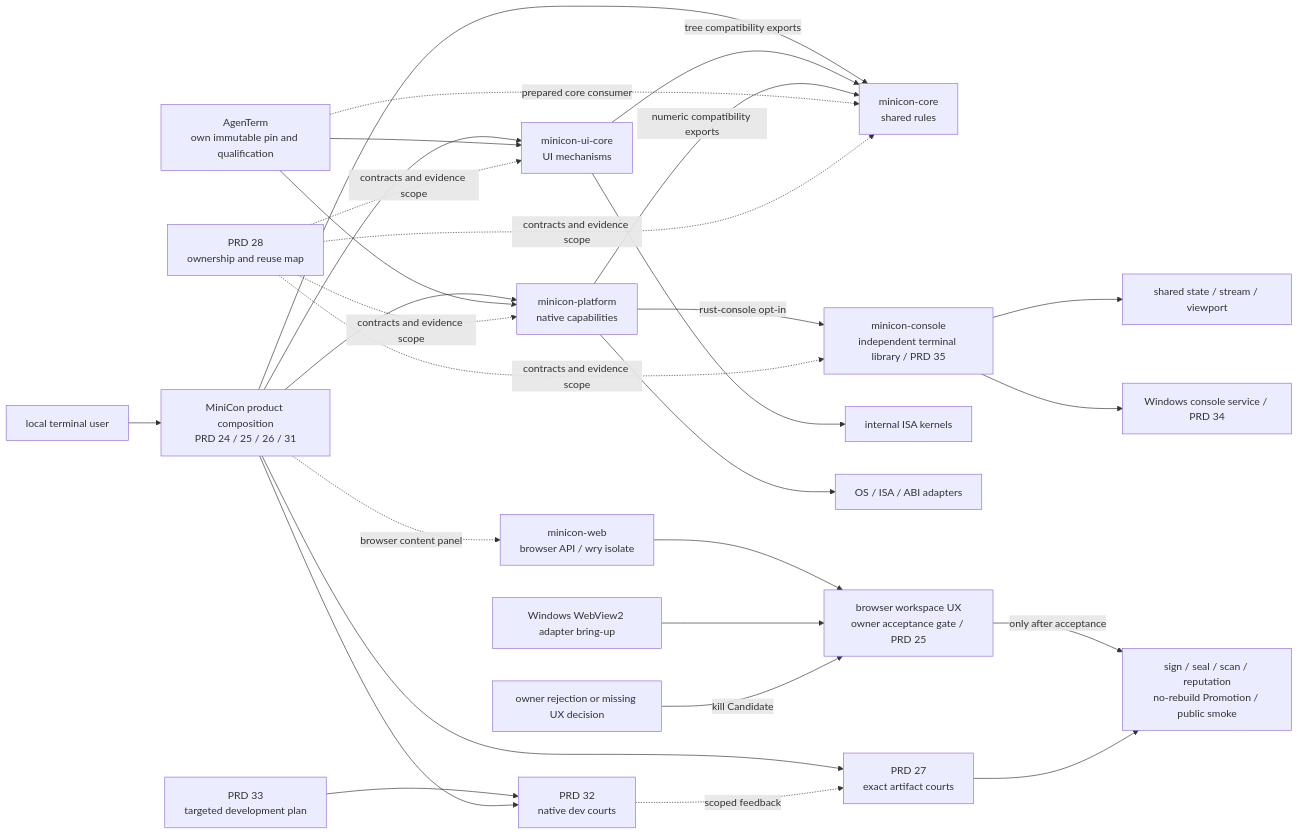
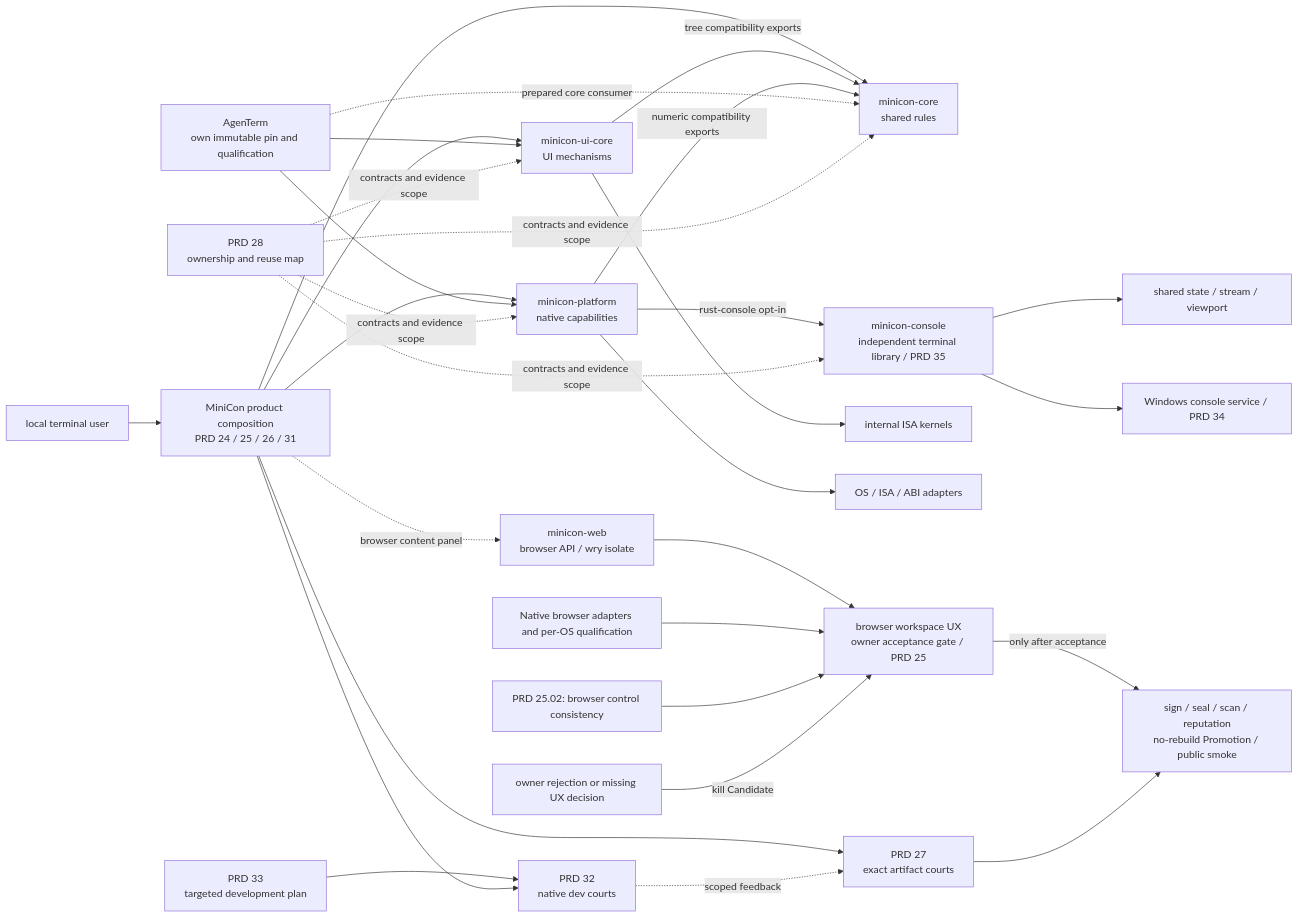
One commit to partnernetsoftware/minicon changed the diagram in PRD.md. Above: the diagram before and after it, drawn with Mermaid. The commit also changed other lines of this file and 41 other files, not shown here.

````diff
--- a/PRD.md
+++ b/PRD.md
@@ -77,27 +74,28 @@
 ```mermaid
 flowchart LR
     U["local terminal user"] --> MC["MiniCon product composition<br/>PRD 24 / 25 / 26 / 31"]
     MC --> C["minicon-core<br/>shared rules"]
     MC --> UI["minicon-ui-core<br/>UI mechanisms"]
     MC --> P["minicon-platform<br/>native capabilities"]
     MC -.->|"browser content panel"| WEB["minicon-web<br/>browser API / wry isolate"]
     WEB --> UX["browser workspace UX<br/>owner acceptance gate / PRD 25"]
-    WWEB["Windows WebView2 adapter bring-up"] --> UX
+    WWEB["Native browser adapters and per-OS qualification"] --> UX
+    CTRL["PRD 25.02: browser control consistency"] --> UX
     UX -->|"only after acceptance"| R
     BADUX["owner rejection or missing UX decision"] -->|"kill Candidate"| UX
     UI -->|tree compatibility exports| C
     P -->|numeric compatibility exports| C
     UI --> I["internal ISA kernels"]
     P --> N["OS / ISA / ABI adapters"]
     CON["minicon-console<br/>independent terminal library / PRD 35"] --> VT["shared state / stream / viewport"]
     P -->|rust-console opt-in| CON
     CON --> W["Windows console service / PRD 34"]
     A["AgenTerm<br/>own immutable pin and qualification"] --> UI & P
     A -. prepared core consumer .-> C
     M["PRD 28<br/>ownership and reuse map"] -. contracts and evidence scope .-> C & UI & P & CON
     T["PRD 33<br/>targeted development plan"] --> D["PRD 32<br/>native dev courts"]
     MC --> D
     MC --> E["PRD 27<br/>exact artifact courts"]
     D -. scoped feedback .-> E
     E --> R["sign / seal / scan / reputation<br/>no-rebuild Promotion / public smoke"]
 ```
````
